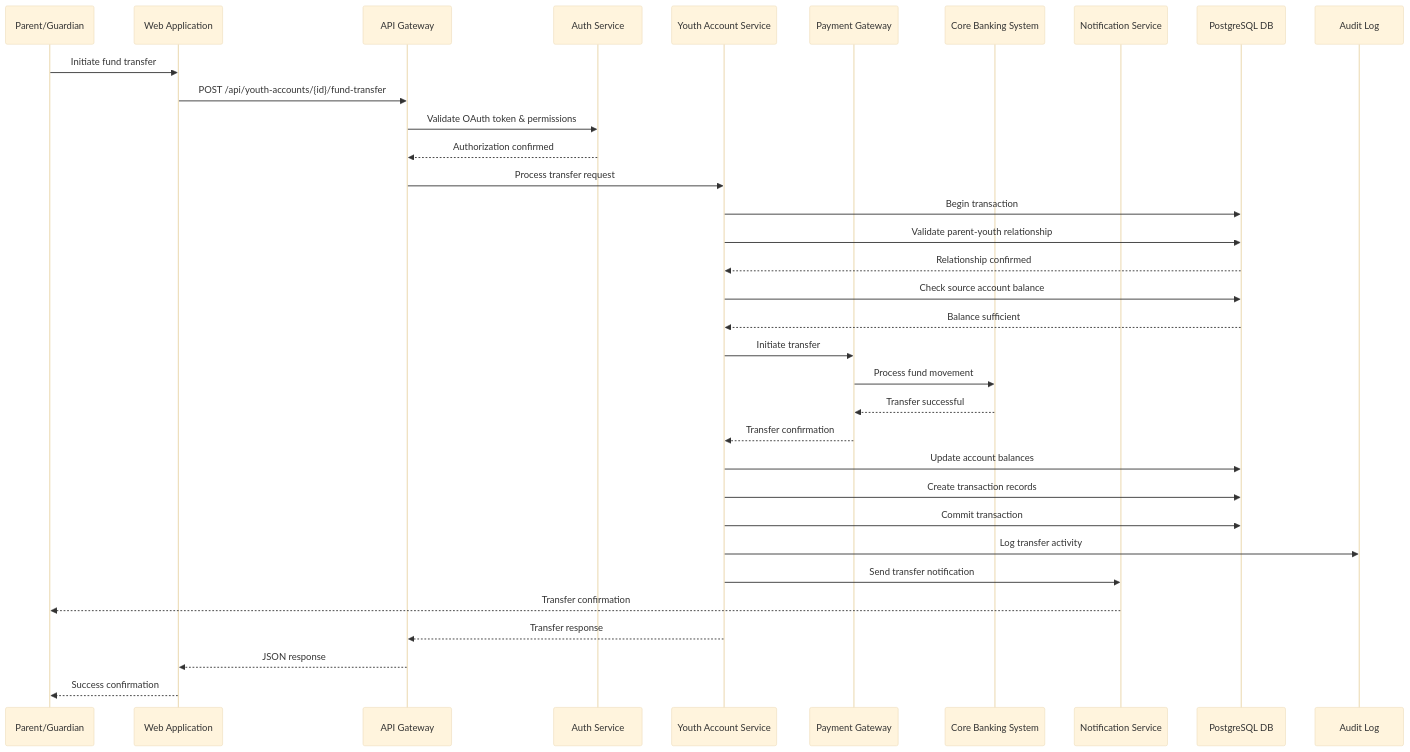
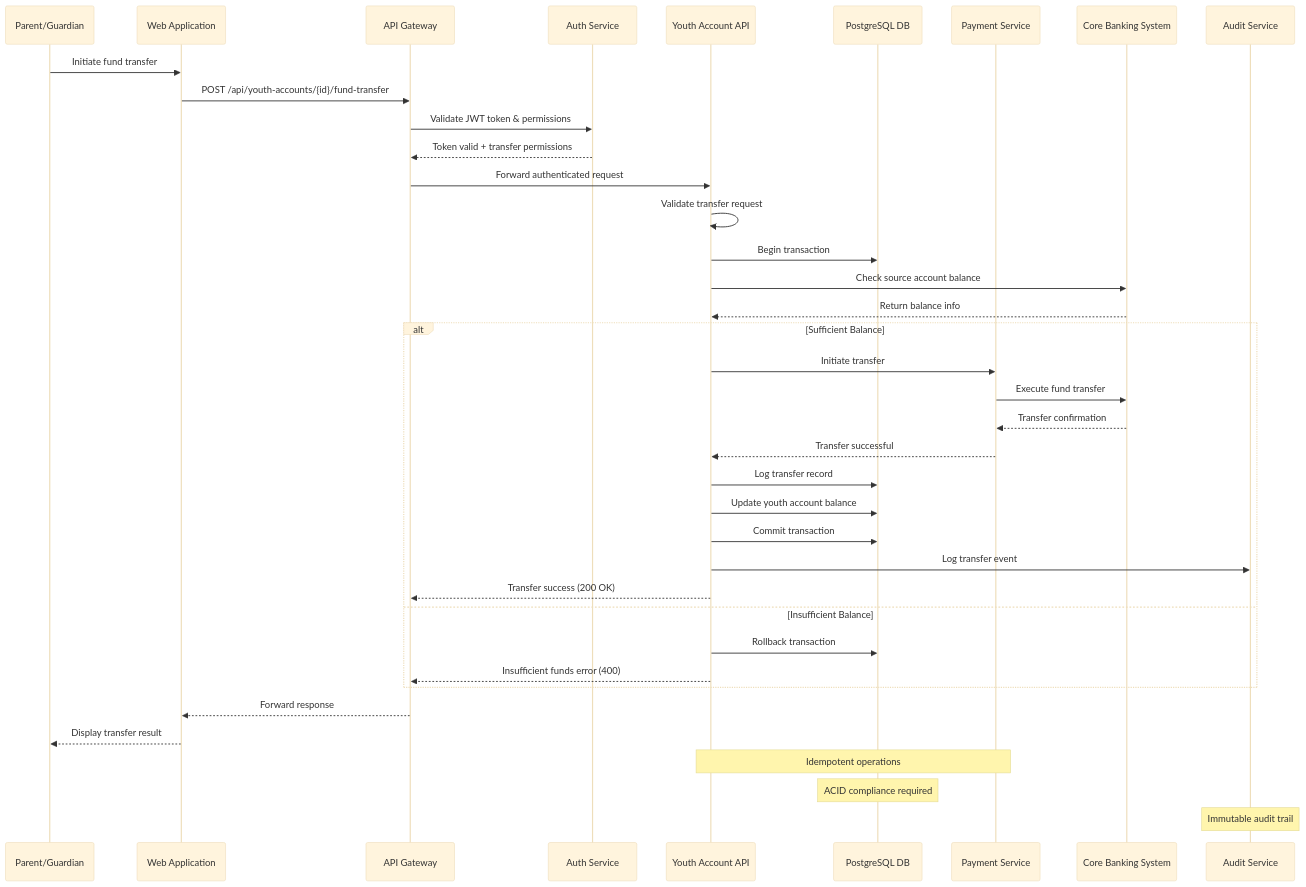
One commit to ThapaswiASC/SCIB-INCEPTION-PHASE-DEMO changed the second of 6 diagrams in API Development/Components and Sequence Diagrams/sequence_diagram.md. Above: the diagram before and after it, drawn with Mermaid (base theme). The commit also changed other lines of this file and 1 other file, not shown here.

````diff
--- a/API Development/Components and Sequence Diagrams/sequence_diagram.md
+++ b/API Development/Components and Sequence Diagrams/sequence_diagram.md
@@ -51,43 +53,47 @@
 ```mermaid
 sequenceDiagram
     participant Parent as Parent/Guardian
     participant WebApp as Web Application
-    participant APIGateway as API Gateway
-    participant AuthService as Auth Service
-    participant YouthService as Youth Account Service
-    participant PaymentGateway as Payment Gateway
-    participant CoreBanking as Core Banking System
-    participant NotificationService as Notification Service
-    participant Database as PostgreSQL DB
-    participant AuditLog as Audit Log
-
+    participant Gateway as API Gateway
+    participant AuthSvc as Auth Service
+    participant YouthAPI as Youth Account API
+    participant DB as PostgreSQL DB
+    participant PaymentSvc as Payment Service
+    participant CoreBank as Core Banking System
+    participant AuditSvc as Audit Service
+    
     Parent->>WebApp: Initiate fund transfer
-    WebApp->>APIGateway: POST /api/youth-accounts/{id}/fund-transfer
-    APIGateway->>AuthService: Validate OAuth token & permissions
-    AuthService-->>APIGateway: Authorization confirmed
-    APIGateway->>YouthService: Process transfer request
+    WebApp->>Gateway: POST /api/youth-accounts/{id}/fund-transfer
+    Gateway->>AuthSvc: Validate JWT token & permissions
+    AuthSvc-->>Gateway: Token valid + transfer permissions
+    Gateway->>YouthAPI: Forward authenticated request
     
-    YouthService->>Database: Begin transaction
-    YouthService->>Database: Validate parent-youth relationship
-    Database-->>YouthService: Relationship confirmed
+    YouthAPI->>YouthAPI: Validate transfer request
+    YouthAPI->>DB: Begin transaction
+    YouthAPI->>CoreBank: Check source account balance
+    CoreBank-->>YouthAPI: Return balance info
     
-    YouthService->>Database: Check source account balance
-    Database-->>YouthService: Balance sufficient
+    alt Sufficient Balance
+        YouthAPI->>PaymentSvc: Initiate transfer
+        PaymentSvc->>CoreBank: Execute fund transfer
+        CoreBank-->>PaymentSvc: Transfer confirmation
+        PaymentSvc-->>YouthAPI: Transfer successful
+        
+        YouthAPI->>DB: Log transfer record
+        YouthAPI->>DB: Update youth account balance
+        YouthAPI->>DB: Commit transaction
+        YouthAPI->>AuditSvc: Log transfer event
+        
+        YouthAPI-->>Gateway: Transfer success (200 OK)
+    else Insufficient Balance
+        YouthAPI->>DB: Rollback transaction
+        YouthAPI-->>Gateway: Insufficient funds error (400)
+    end
     
-    YouthService->>PaymentGateway: Initiate transfer
-    PaymentGateway->>CoreBanking: Process fund movement
-    CoreBanking-->>PaymentGateway: Transfer successful
-    PaymentGateway-->>YouthService: Transfer confirmation
+    Gateway-->>WebApp: Forward response
+    WebApp-->>Parent: Display transfer result
     
-    YouthService->>Database: Update account balances
-    YouthService->>Database: Create transaction records
-    YouthService->>Database: Commit transaction
-    
-    YouthService->>AuditLog: Log transfer activity
-    YouthService->>NotificationService: Send transfer notification
-    NotificationService-->>Parent: Transfer confirmation
-    
-    YouthService-->>APIGateway: Transfer response
-    APIGateway-->>WebApp: JSON response
-    WebApp-->>Parent: Success confirmation
+    Note over YouthAPI,PaymentSvc: Idempotent operations
+    Note over DB: ACID compliance required
+    Note over AuditSvc: Immutable audit trail
 ```
````
